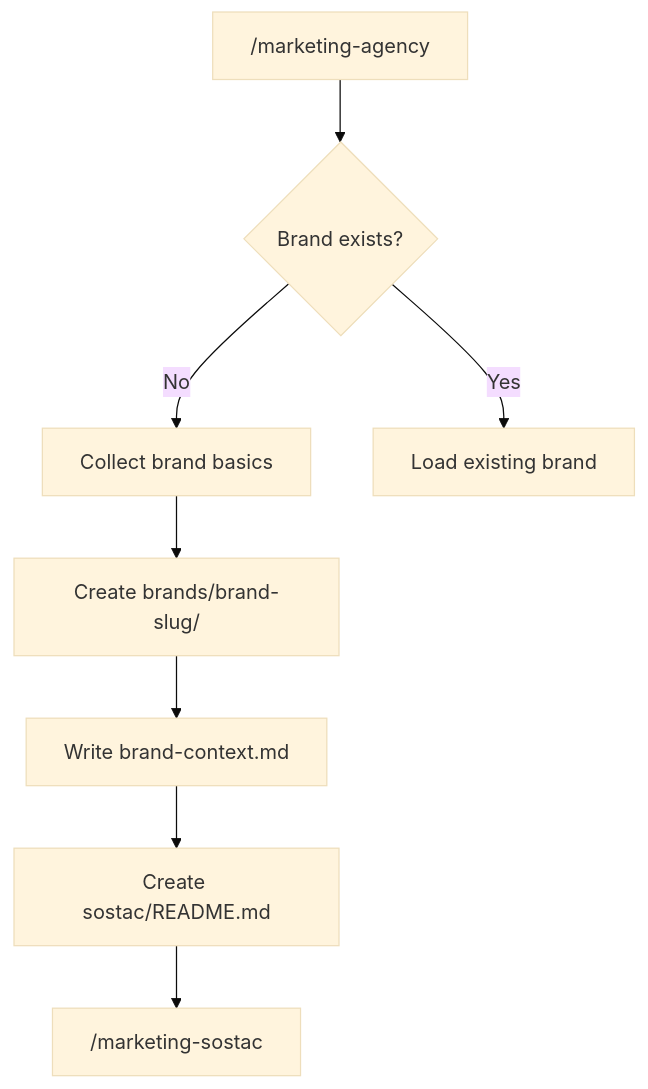
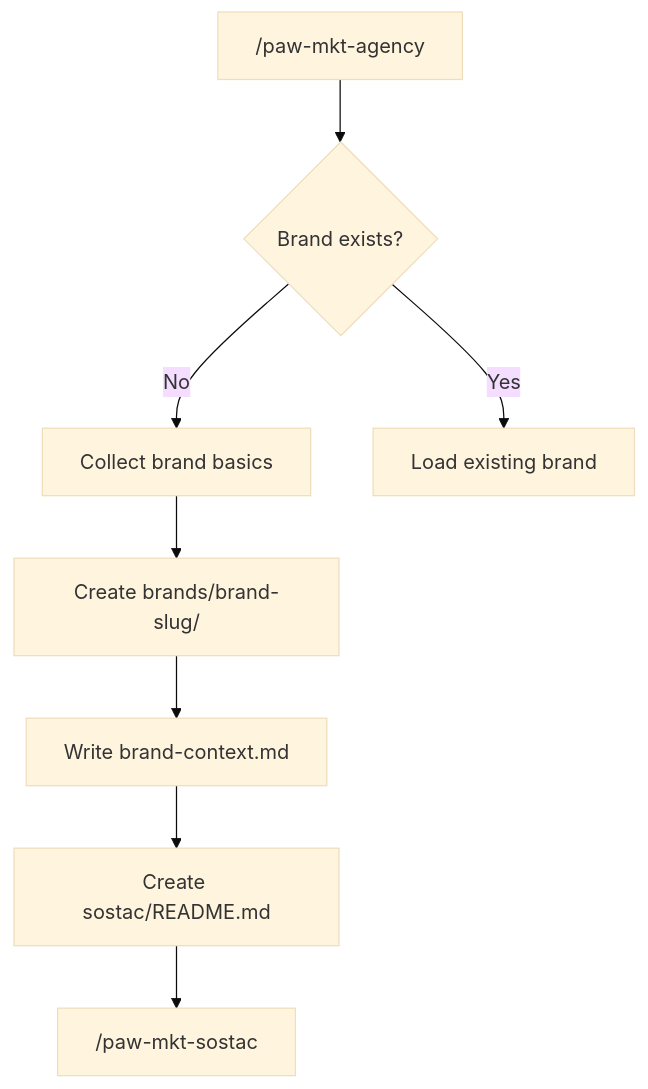
One commit to pawbytes/agentic-marketing-suites changed the diagram in docs/workflows/new-brand-onboarding.md. Above: the diagram before and after it, drawn with Mermaid (base theme). The commit also changed other lines of this file and 29 other files, not shown here.

````diff
--- a/docs/workflows/new-brand-onboarding.md
+++ b/docs/workflows/new-brand-onboarding.md
@@ -43,10 +43,10 @@
 ```mermaid
 flowchart TD
-    A["#sol;marketing-agency"] --> B{Brand exists?}
+    A["#sol;paw-mkt-agency"] --> B{Brand exists?}
     B -- No --> C[Collect brand basics]
     C --> D["Create brands/brand-slug/"]
     D --> E["Write brand-context.md"]
     E --> F["Create sostac/README.md"]
-    F --> G["#sol;marketing-sostac"]
+    F --> G["#sol;paw-mkt-sostac"]
     B -- Yes --> H[Load existing brand]
 ```
````
